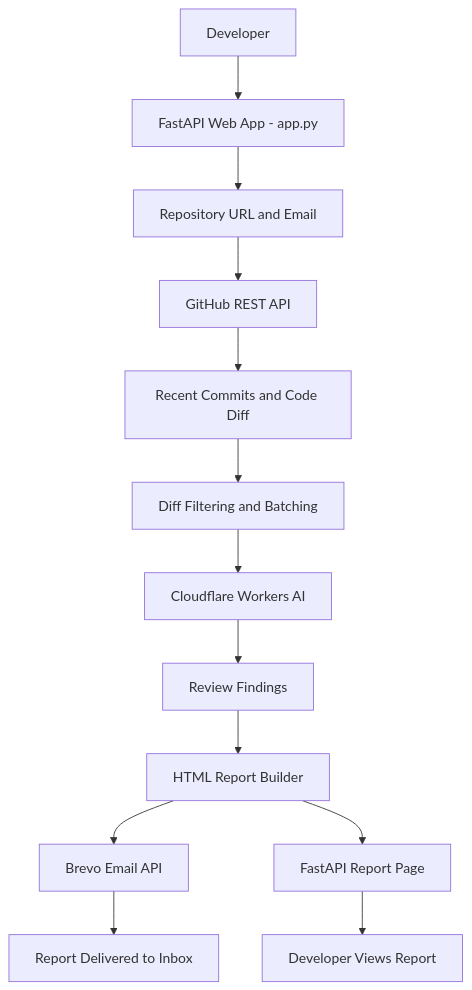
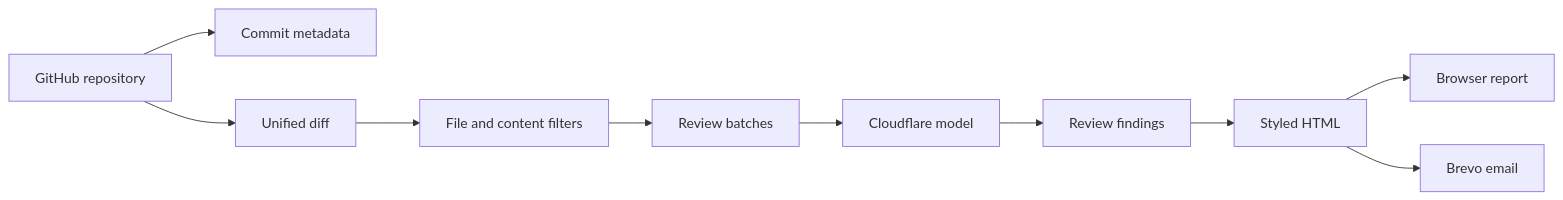
One commit to Raj-Rathod-Ai/AI-Code-Reviewer changed the third of 3 diagrams in README.md. Above: the diagram before and after it, drawn with Mermaid. The commit also changed other lines of this file, not shown here.

Commit message:
Redesign README with modern layout and architecture diagrams

````diff
--- a/README.md
+++ b/README.md
@@ -43,15 +141,12 @@
 ```mermaid
-flowchart TD
-    A[Developer] --> B[FastAPI Web App - app.py]
-    B --> C[Repository URL and Email]
-    C --> D[GitHub REST API]
-    D --> E[Recent Commits and Code Diff]
-    E --> F[Diff Filtering and Batching]
-    F --> G[Cloudflare Workers AI]
-    G --> H[Review Findings]
-    H --> I[HTML Report Builder]
-    I --> J[Brevo Email API]
-    J --> K[Report Delivered to Inbox]
-    I --> L[FastAPI Report Page]
-    L --> M[Developer Views Report]
+flowchart LR
+    A["GitHub repository"] --> B["Commit metadata"]
+    A --> C["Unified diff"]
+    C --> D["File and content filters"]
+    D --> E["Review batches"]
+    E --> F["Cloudflare model"]
+    F --> G["Review findings"]
+    G --> H["Styled HTML"]
+    H --> I["Browser report"]
+    H --> J["Brevo email"]
 ```
````
